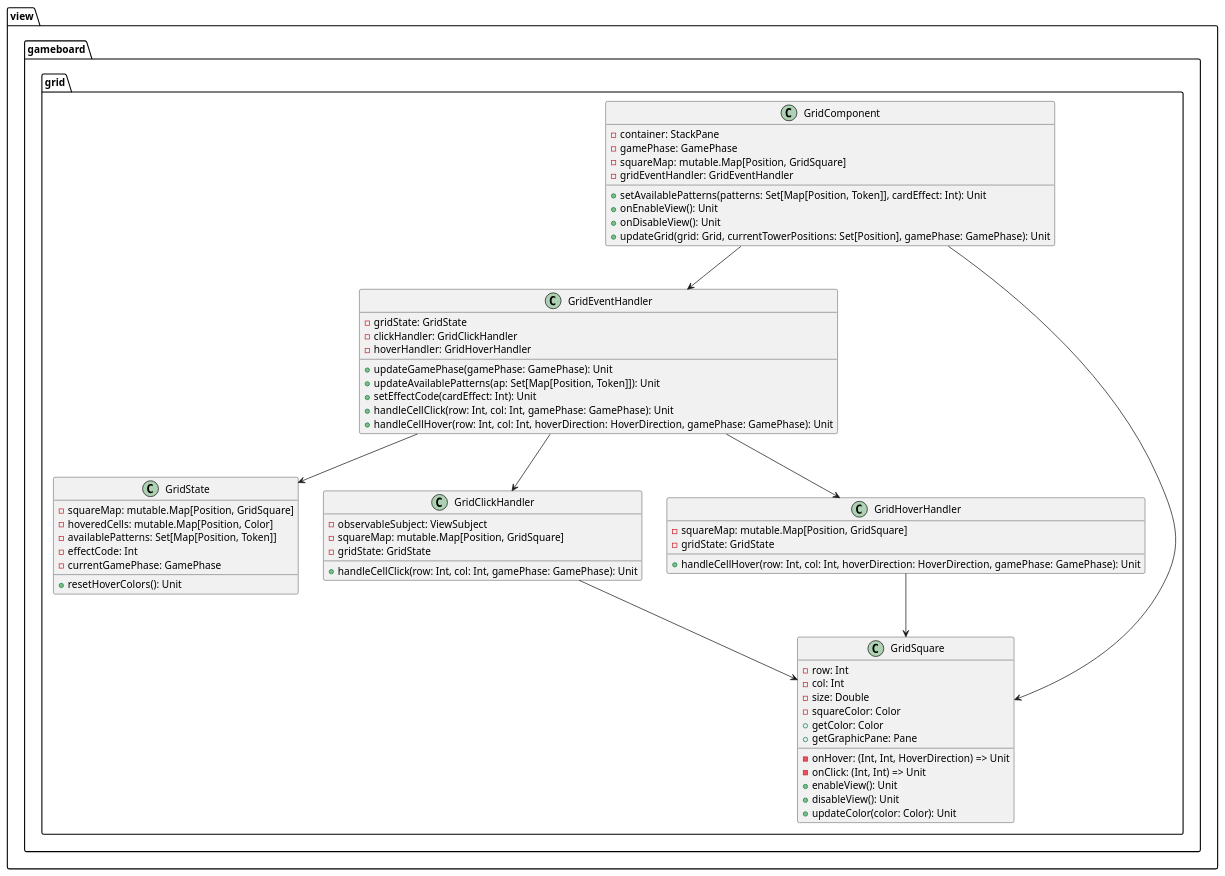
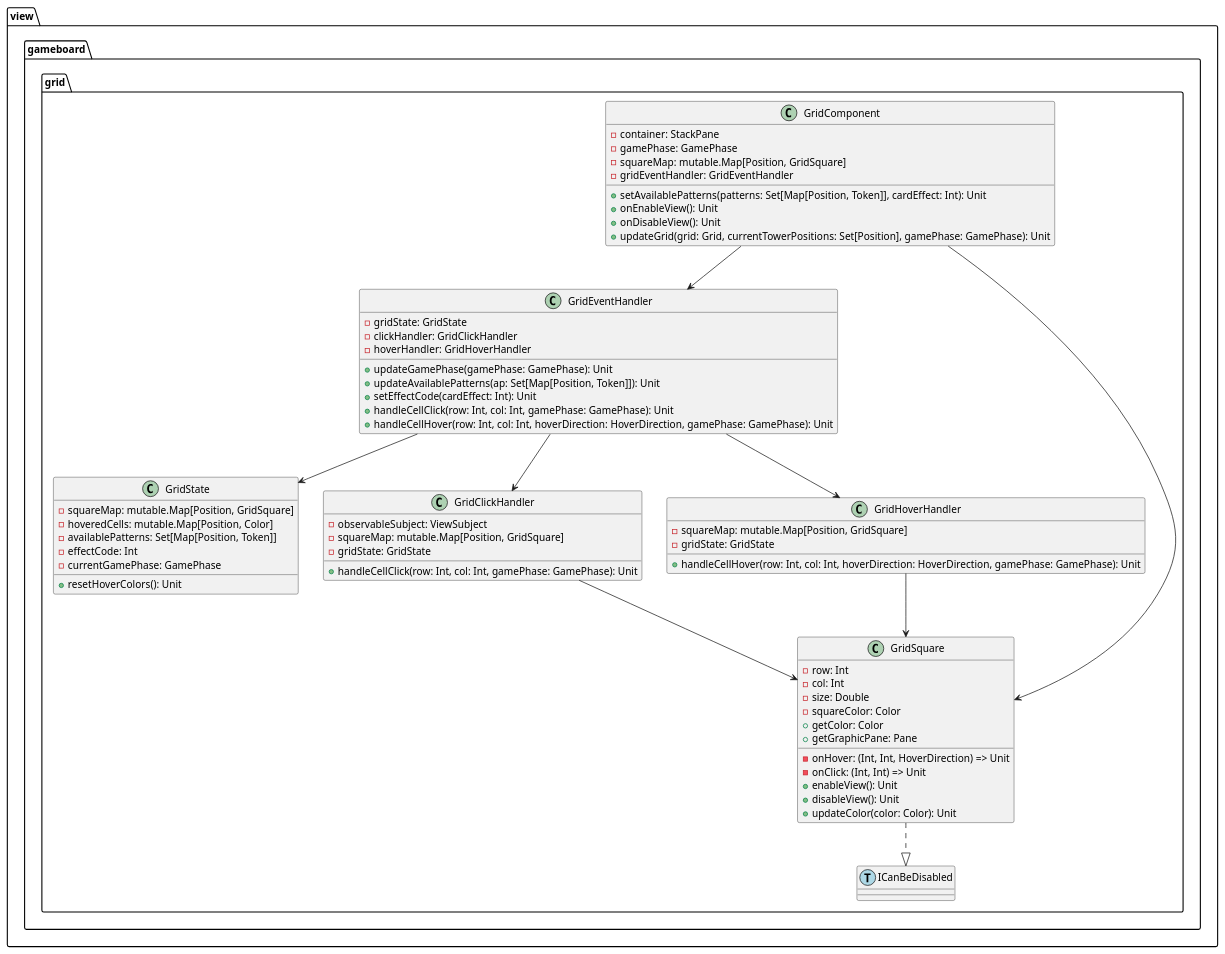
Before and after one commit to Fight-Fire-With-Scala/Scala-Fire-Tower: the diagram in src/main/asciidoc/assets/puml/GridView.puml, drawn with PlantUML.

Commit message:
refactor: updated graphic about GridView.puml

```diff
--- a/src/main/asciidoc/assets/puml/GridView.puml
+++ b/src/main/asciidoc/assets/puml/GridView.puml
@@ -1,72 +1,76 @@
 @startuml
 
 package view.gameboard.grid {
   class GridComponent {
     - container: StackPane
     - gamePhase: GamePhase
     - squareMap: mutable.Map[Position, GridSquare]
     - gridEventHandler: GridEventHandler
     + setAvailablePatterns(patterns: Set[Map[Position, Token]], cardEffect: Int): Unit
     + onEnableView(): Unit
     + onDisableView(): Unit
     + updateGrid(grid: Grid, currentTowerPositions: Set[Position], gamePhase: GamePhase): Unit
   }
 
   class GridEventHandler {
     - gridState: GridState
     - clickHandler: GridClickHandler
     - hoverHandler: GridHoverHandler
     + updateGamePhase(gamePhase: GamePhase): Unit
     + updateAvailablePatterns(ap: Set[Map[Position, Token]]): Unit
     + setEffectCode(cardEffect: Int): Unit
     + handleCellClick(row: Int, col: Int, gamePhase: GamePhase): Unit
     + handleCellHover(row: Int, col: Int, hoverDirection: HoverDirection, gamePhase: GamePhase): Unit
   }
 
   class GridState {
     - squareMap: mutable.Map[Position, GridSquare]
     - hoveredCells: mutable.Map[Position, Color]
     - availablePatterns: Set[Map[Position, Token]]
     - effectCode: Int
     - currentGamePhase: GamePhase
     + resetHoverColors(): Unit
   }
 
   class GridClickHandler {
     - observableSubject: ViewSubject
     - squareMap: mutable.Map[Position, GridSquare]
     - gridState: GridState
     + handleCellClick(row: Int, col: Int, gamePhase: GamePhase): Unit
   }
 
   class GridHoverHandler {
     - squareMap: mutable.Map[Position, GridSquare]
     - gridState: GridState
     + handleCellHover(row: Int, col: Int, hoverDirection: HoverDirection, gamePhase: GamePhase): Unit
   }
 
   class GridSquare {
     - row: Int
     - col: Int
     - size: Double
     - squareColor: Color
     - onHover: (Int, Int, HoverDirection) => Unit
     - onClick: (Int, Int) => Unit
     + enableView(): Unit
     + disableView(): Unit
     + updateColor(color: Color): Unit
     + getColor: Color
     + getGraphicPane: Pane
   }
 
+  class ICanBeDisabled << (T,lightblue)>>{
+    }
+
 }
 
 GridComponent --> GridEventHandler
 GridEventHandler --> GridState
 GridEventHandler --> GridClickHandler
 GridEventHandler --> GridHoverHandler
 GridComponent --> GridSquare
 GridClickHandler --> GridSquare
 GridHoverHandler --> GridSquare
+GridSquare ..|> ICanBeDisabled
 
 @enduml
```
